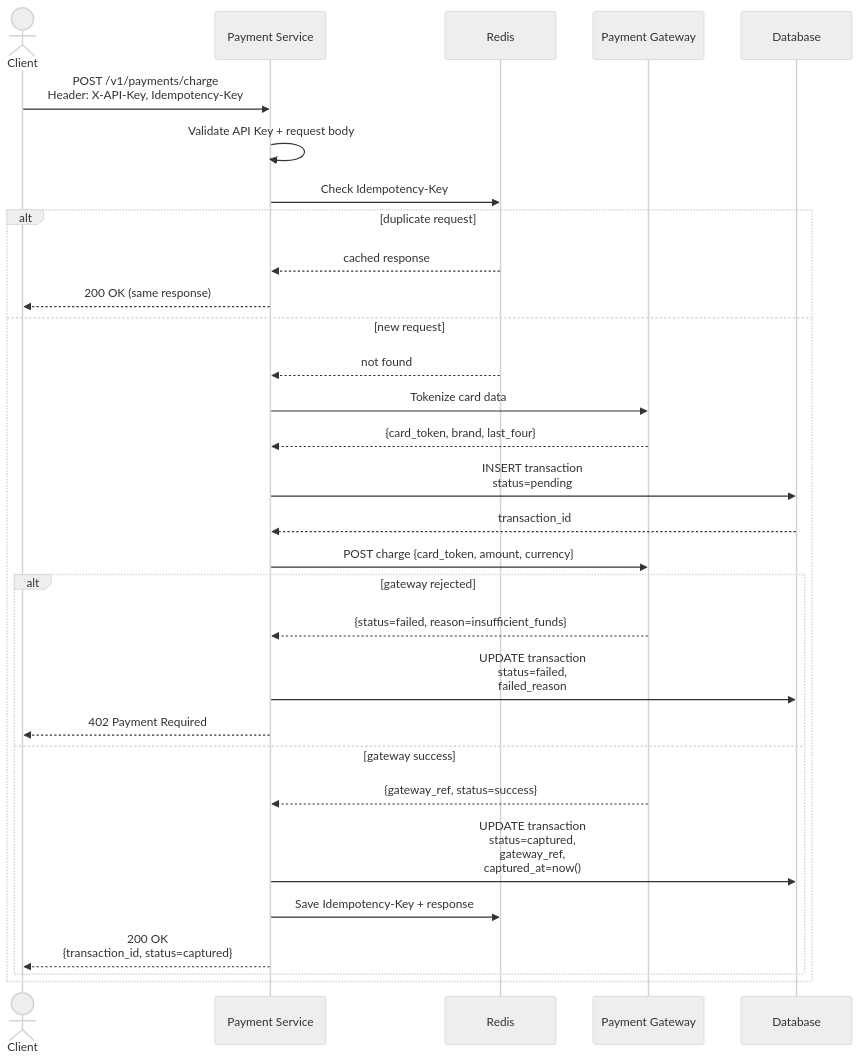
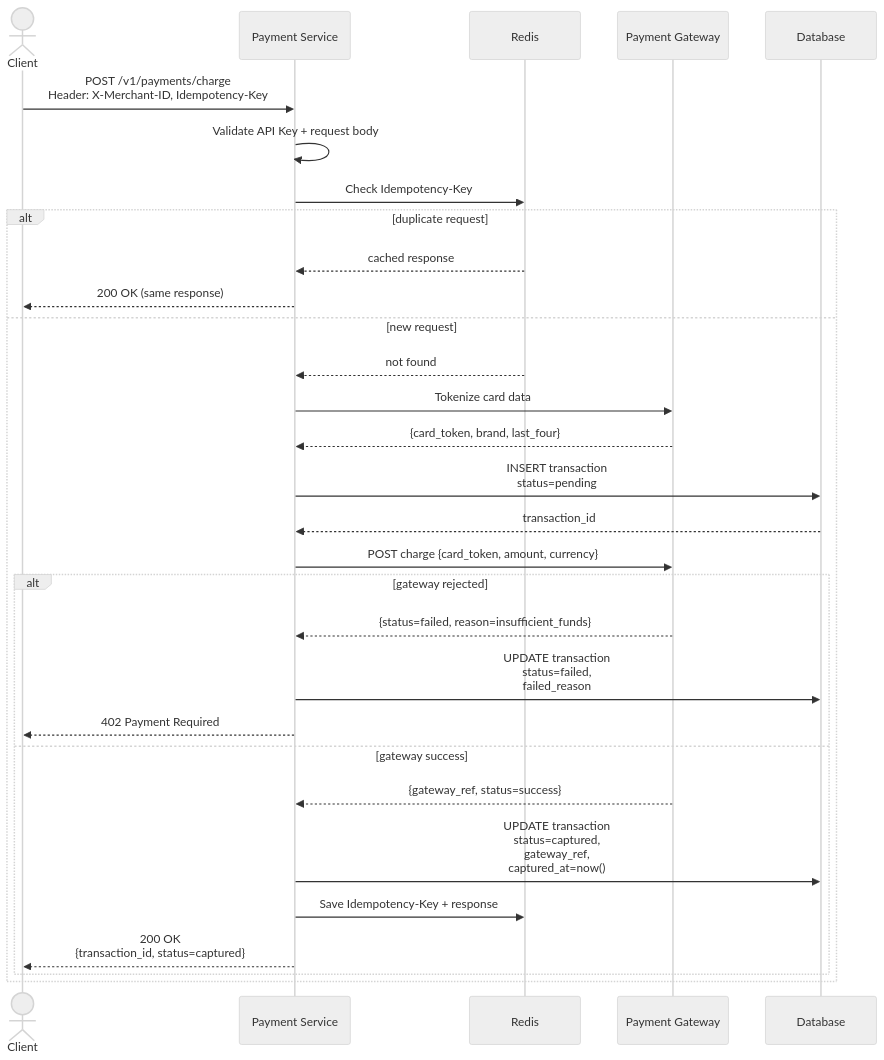
Before and after one commit to Noppawat3939/card-payment-service: the seventh of 7 diagrams in readme.md, drawn with Mermaid (neutral theme). The commit also changed other lines of this file and 7 other files, not shown here.

````diff
--- a/readme.md
+++ b/readme.md
@@ -539,38 +539,38 @@
 ```mermaid
 sequenceDiagram
     actor C as Client
     participant S as Payment Service
     participant R as Redis
     participant GW as Payment Gateway
     participant DB as Database
 
-    C->>S: POST /v1/payments/charge<br/>Header: X-API-Key, Idempotency-Key
+    C->>S: POST /v1/payments/charge<br/>Header: X-Merchant-ID, Idempotency-Key
     S->>S: Validate API Key + request body
     S->>R: Check Idempotency-Key
 
     alt duplicate request
         R-->>S: cached response
         S-->>C: 200 OK (same response)
     else new request
         R-->>S: not found
 
         S->>GW: Tokenize card data
         GW-->>S: {card_token, brand, last_four}
 
         S->>DB: INSERT transaction<br/>status=pending
         DB-->>S: transaction_id
 
         S->>GW: POST charge {card_token, amount, currency}
 
         alt gateway rejected
             GW-->>S: {status=failed, reason=insufficient_funds}
             S->>DB: UPDATE transaction<br/>status=failed,<br/>failed_reason
             S-->>C: 402 Payment Required
         else gateway success
             GW-->>S: {gateway_ref, status=success}
             S->>DB: UPDATE transaction<br/>status=captured,<br/>gateway_ref,<br/>captured_at=now()
             S->>R: Save Idempotency-Key + response
             S-->>C: 200 OK<br/>{transaction_id, status=captured}
         end
     end
 ```
````
